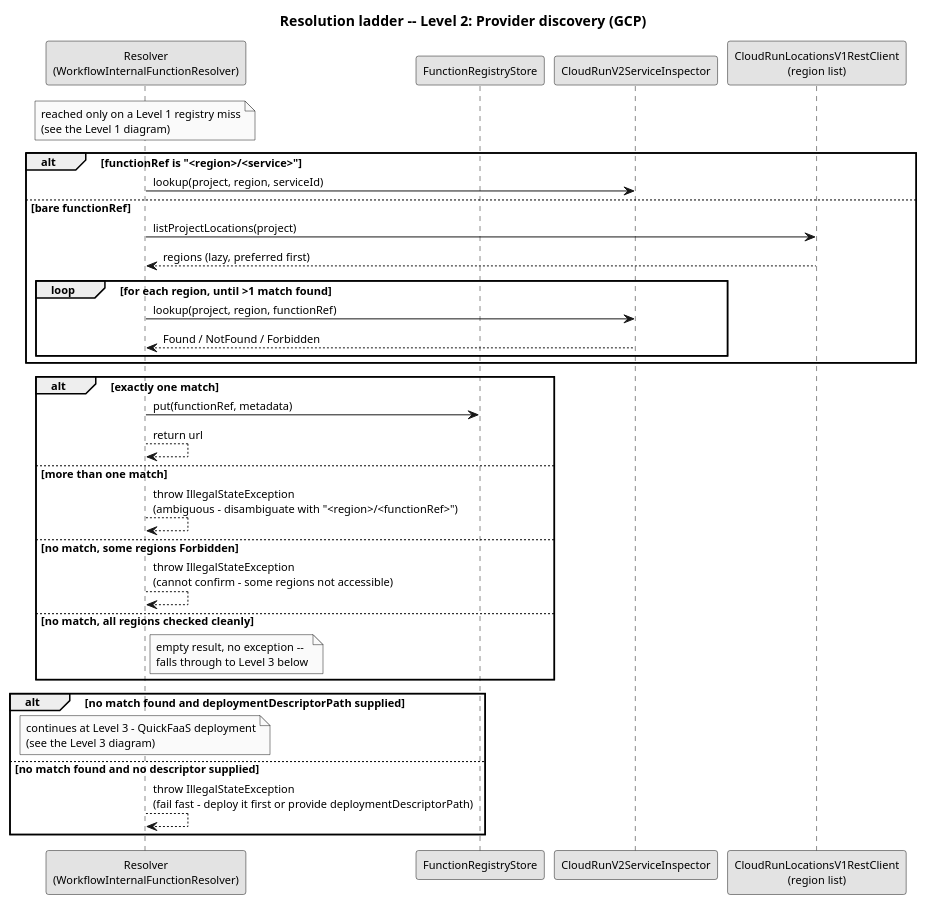
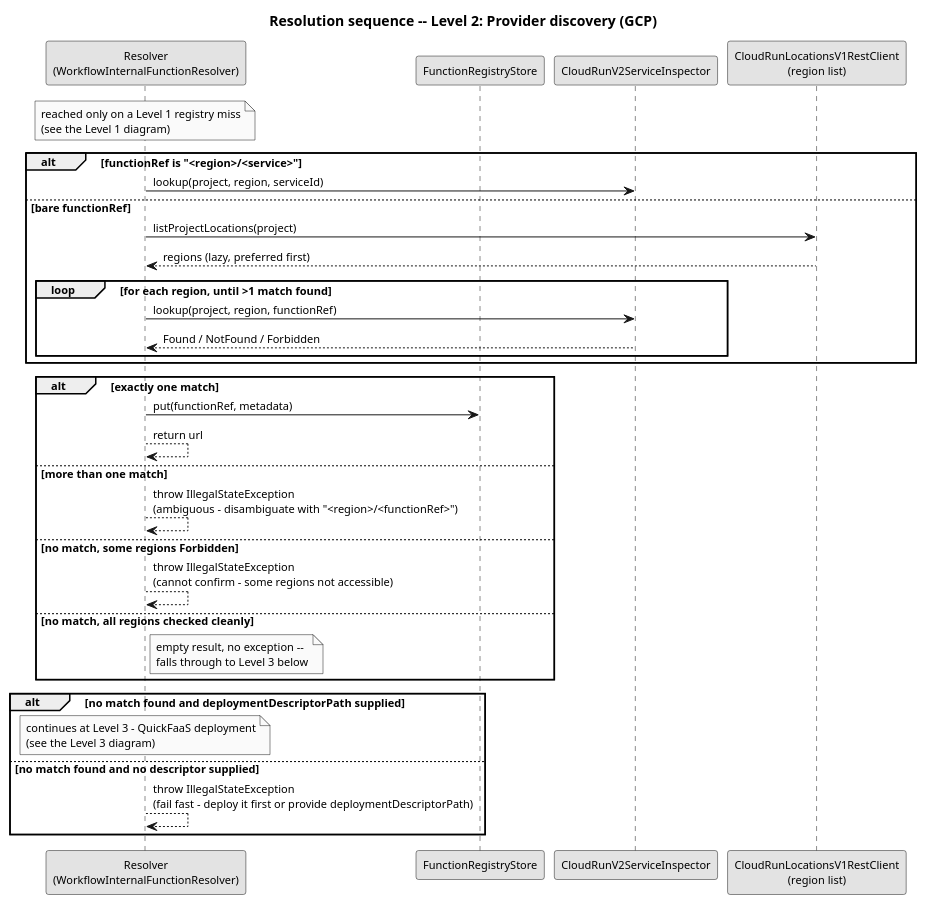
One commit to EngenheiroPedroCarvalho/ISEL-Thesis-2526 changed the diagram in diagrams/resolution-cascade-level2-gcp.puml. Above: the diagram before and after it, drawn with PlantUML. The commit also changed 34 other files, not shown here.

```diff
--- a/diagrams/resolution-cascade-level2-gcp.puml
+++ b/diagrams/resolution-cascade-level2-gcp.puml
@@ -1,50 +1,50 @@
 @startuml resolution-cascade-level2-gcp
 skinparam monochrome true
 skinparam shadowing false
 skinparam defaultFontSize 11
-title Resolution ladder -- Level 2: Provider discovery (GCP)
+title Resolution sequence -- Level 2: Provider discovery (GCP)
 
 participant "Resolver\n(WorkflowInternalFunctionResolver)" as R
 participant "FunctionRegistryStore" as REG
 participant "CloudRunV2ServiceInspector" as GI
 participant "CloudRunLocationsV1RestClient\n(region list)" as GL
 
 note over R
   reached only on a Level 1 registry miss
   (see the Level 1 diagram)
 end note
 
 alt functionRef is "<region>/<service>"
   R -> GI : lookup(project, region, serviceId)
 else bare functionRef
   R -> GL : listProjectLocations(project)
   GL --> R : regions (lazy, preferred first)
   loop for each region, until >1 match found
     R -> GI : lookup(project, region, functionRef)
     GI --> R : Found / NotFound / Forbidden
   end
 end
 
 alt exactly one match
   R -> REG : put(functionRef, metadata)
   R --> R : return url
 else more than one match
   R --> R : throw IllegalStateException\n(ambiguous - disambiguate with "<region>/<functionRef>")
 else no match, some regions Forbidden
   R --> R : throw IllegalStateException\n(cannot confirm - some regions not accessible)
 else no match, all regions checked cleanly
   note right of R
     empty result, no exception --
     falls through to Level 3 below
   end note
 end
 
 alt no match found and deploymentDescriptorPath supplied
   note over R
     continues at Level 3 - QuickFaaS deployment
     (see the Level 3 diagram)
   end note
 else no match found and no descriptor supplied
   R --> R : throw IllegalStateException\n(fail fast - deploy it first or provide deploymentDescriptorPath)
 end
 @enduml
```
